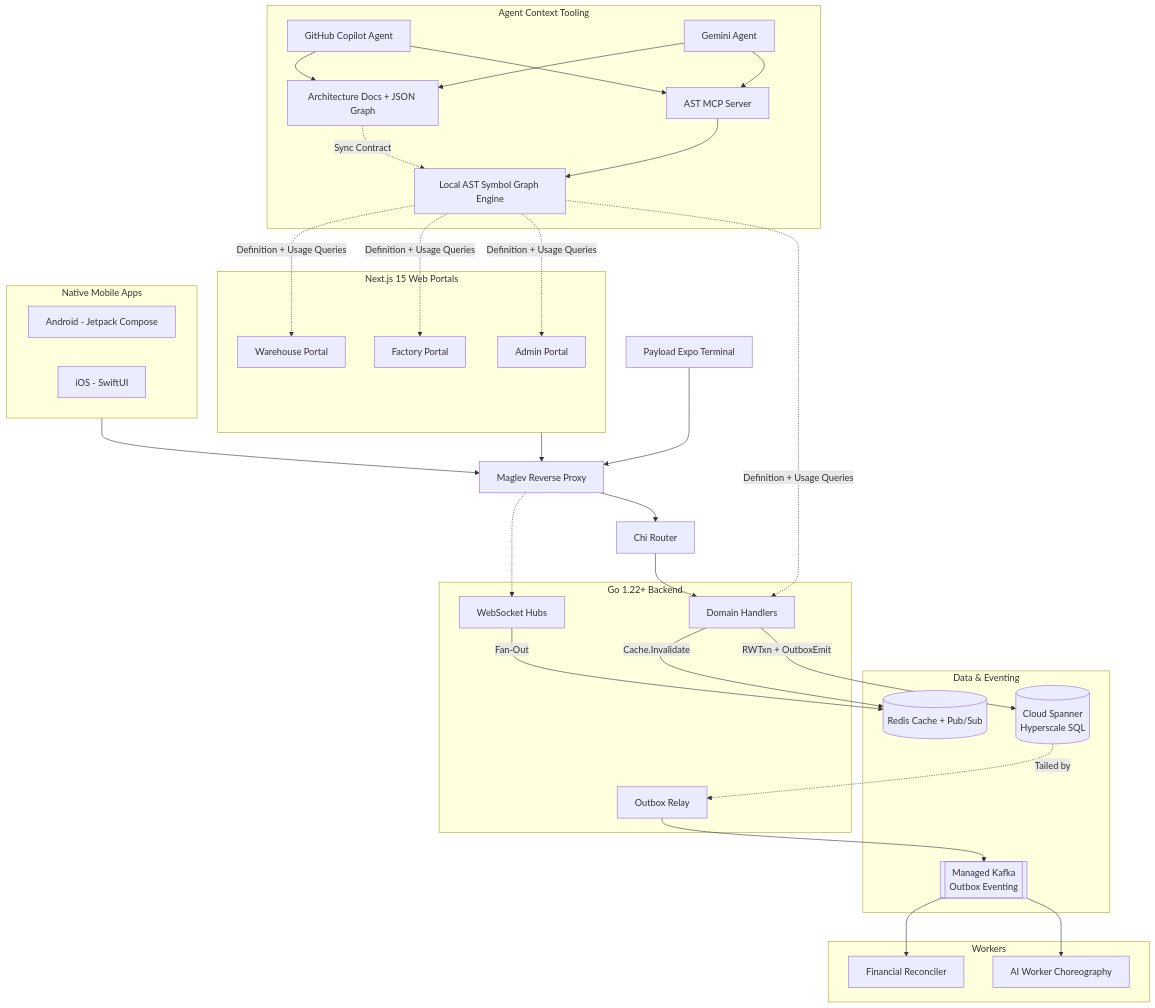
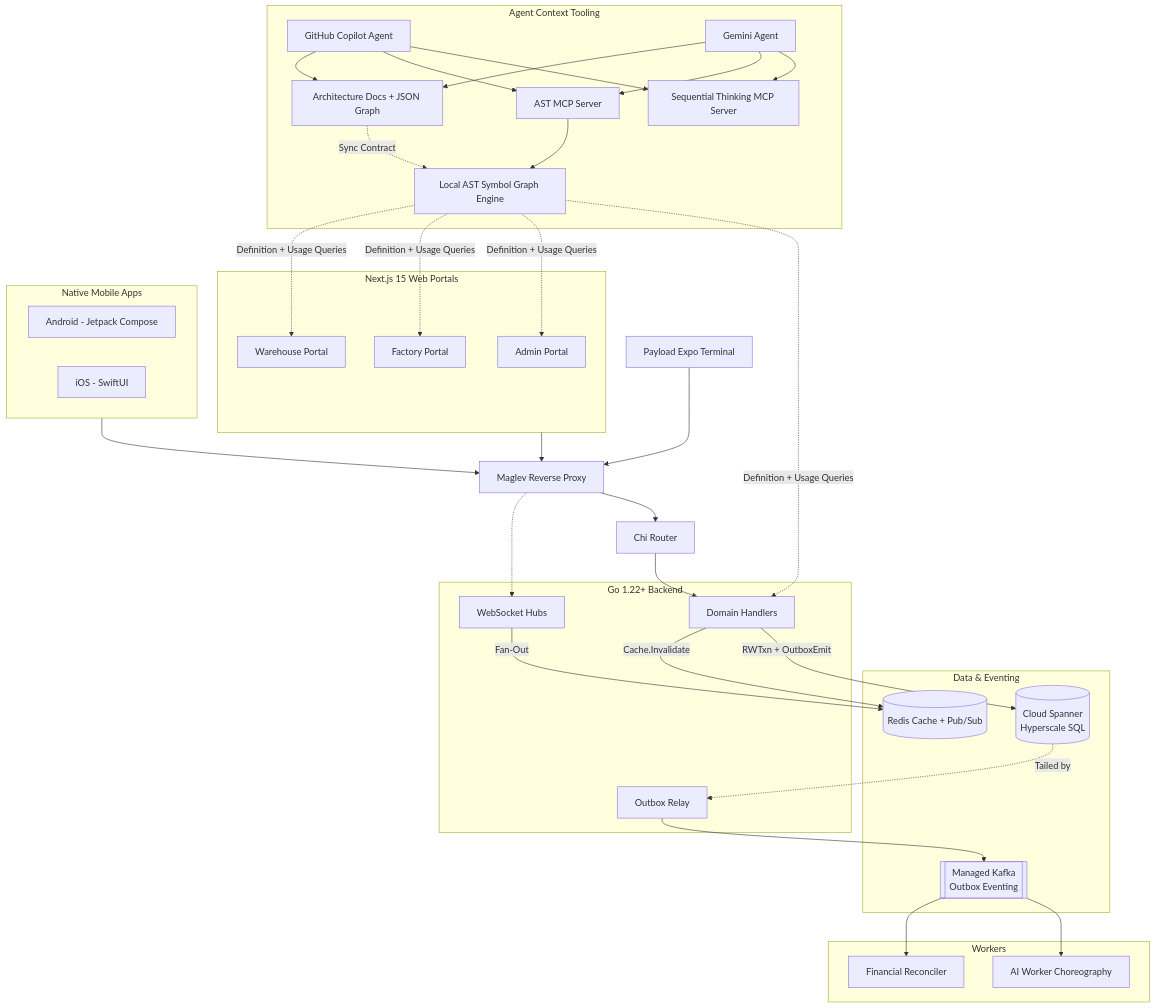
One commit to CYBERSTALKER07/ATOMOS changed the diagram in pegasus/context/architecture.md. Above: the diagram before and after it, drawn with Mermaid. The commit also changed 41 other files, not shown here.

First line of the commit message:
feat: add sequential thinking server and theme provider component

````diff
--- a/pegasus/context/architecture.md
+++ b/pegasus/context/architecture.md
@@ -5,79 +5,82 @@
 ```mermaid
 graph TD
     %% Core Infrastructure
     Maglev[Maglev Reverse Proxy]
     Router[Chi Router]
 
     subgraph Data & Eventing
         Spanner[(Cloud Spanner\nHyperscale SQL)]
         Redis[(Redis Cache + Pub/Sub)]
         Kafka[[Managed Kafka\nOutbox Eventing]]
     end
 
     subgraph Backend [Go 1.22+ Backend]
         Handlers[Domain Handlers]
         WSHubs[WebSocket Hubs]
         OutboxRelay[Outbox Relay]
     end
 
     subgraph Workers
         AIWorker[AI Worker Choreography]
         Reconciler[Financial Reconciler]
     end
 
     %% Web Clients
     subgraph Web [Next.js 15 Web Portals]
         AP[Admin Portal]
         FP[Factory Portal]
         WP[Warehouse Portal]
     end
 
     %% Mobile Clients
     subgraph Mobile [Native Mobile Apps]
         Droid[Android - Jetpack Compose]
         iOS[iOS - SwiftUI]
     end
 
     %% Terminal Clients
     Terminal[Payload Expo Terminal]
 
     %% Agent Context Tooling
     subgraph AgentContext [Agent Context Tooling]
         Copilot[GitHub Copilot Agent]
         Gemini[Gemini Agent]
+        SeqThinking[Sequential Thinking MCP Server]
         MCPServer[AST MCP Server]
         ASTEngine[Local AST Symbol Graph Engine]
         ArchDocs[Architecture Docs + JSON Graph]
     end
 
     %% Wiring
     Web --> Maglev
     Mobile --> Maglev
     Terminal --> Maglev
 
+    Copilot --> SeqThinking
+    Gemini --> SeqThinking
     Copilot --> MCPServer
     Gemini --> MCPServer
     MCPServer --> ASTEngine
     Copilot --> ArchDocs
     Gemini --> ArchDocs
     ArchDocs -.Sync Contract.-> ASTEngine
     
     Maglev --> Router
     Maglev -.-> WSHubs
     
     Router --> Handlers
     Handlers -->|RWTxn + OutboxEmit| Spanner
     Handlers -->|Cache.Invalidate| Redis
     WSHubs -->|Fan-Out| Redis
     
     Spanner -.->|Tailed by| OutboxRelay
     OutboxRelay --> Kafka
 
     ASTEngine -.Definition + Usage Queries.-> Handlers
     ASTEngine -.Definition + Usage Queries.-> AP
     ASTEngine -.Definition + Usage Queries.-> FP
     ASTEngine -.Definition + Usage Queries.-> WP
     
     Kafka --> AIWorker
     Kafka --> Reconciler
 ```
````
